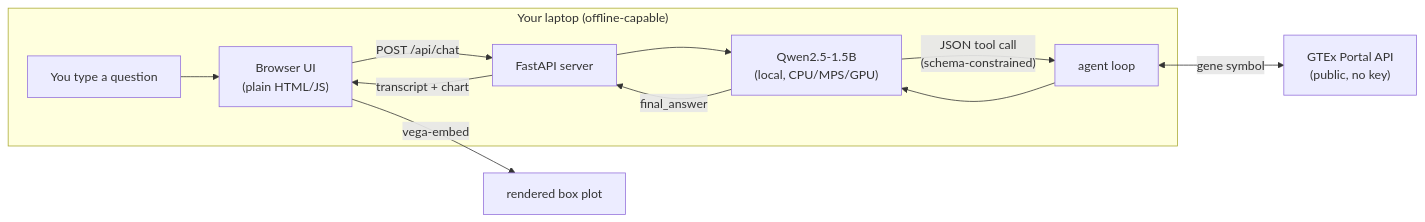
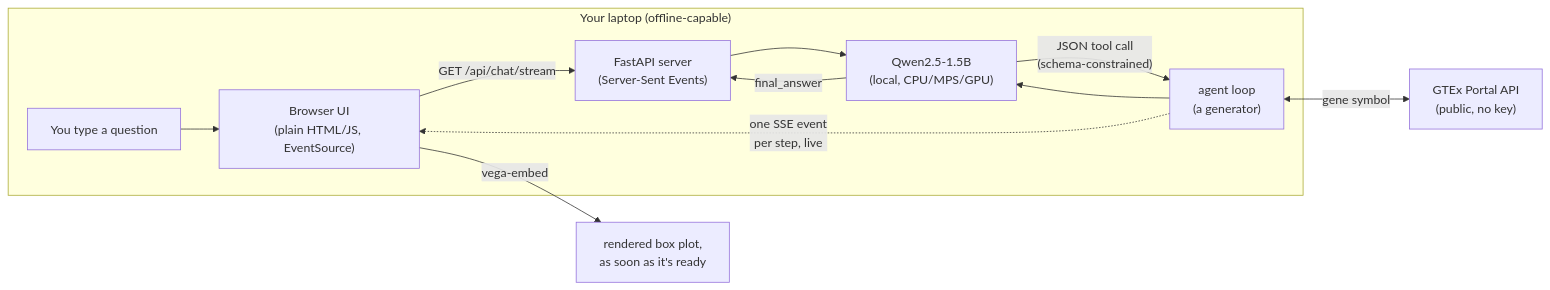
Before and after one commit to ccb-hms/local-inference-example: the first of 2 diagrams in README.md, drawn with Mermaid. The commit also changed other lines of this file and 3 other files, not shown here.

First line of the commit message:
Stream the agent loop over real SSE instead of faking it client-side

````diff
--- a/README.md
+++ b/README.md
@@ -20,14 +21,14 @@
 ```mermaid
 flowchart LR
     subgraph laptop["Your laptop (offline-capable)"]
-        You["You type a question"] --> UI["Browser UI\n(plain HTML/JS)"]
-        UI -- "POST /api/chat" --> Server["FastAPI server"]
+        You["You type a question"] --> UI["Browser UI\n(plain HTML/JS, EventSource)"]
+        UI -- "GET /api/chat/stream" --> Server["FastAPI server\n(Server-Sent Events)"]
         Server --> LLM["Qwen2.5-1.5B\n(local, CPU/MPS/GPU)"]
-        LLM -- "JSON tool call\n(schema-constrained)" --> Loop["agent loop"]
+        LLM -- "JSON tool call\n(schema-constrained)" --> Loop["agent loop\n(a generator)"]
         Loop --> LLM
         LLM -- "final_answer" --> Server
-        Server -- "transcript + chart" --> UI
+        Loop -. "one SSE event\nper step, live" .-> UI
     end
     Loop <-- "gene symbol" --> GTEx["GTEx Portal API\n(public, no key)"]
-    UI -- "vega-embed" --> Chart["rendered box plot"]
+    UI -- "vega-embed" --> Chart["rendered box plot,\nas soon as it's ready"]
 ```
````
